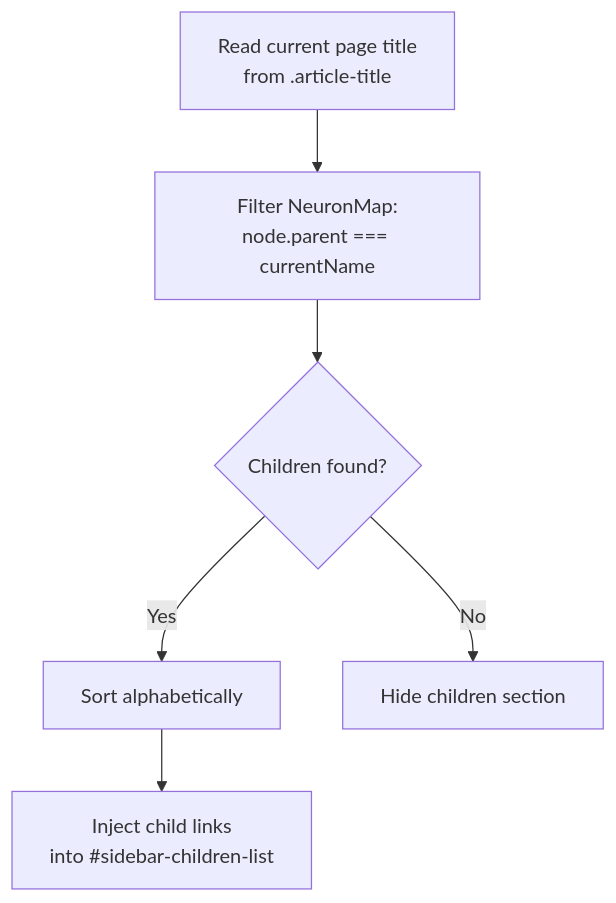
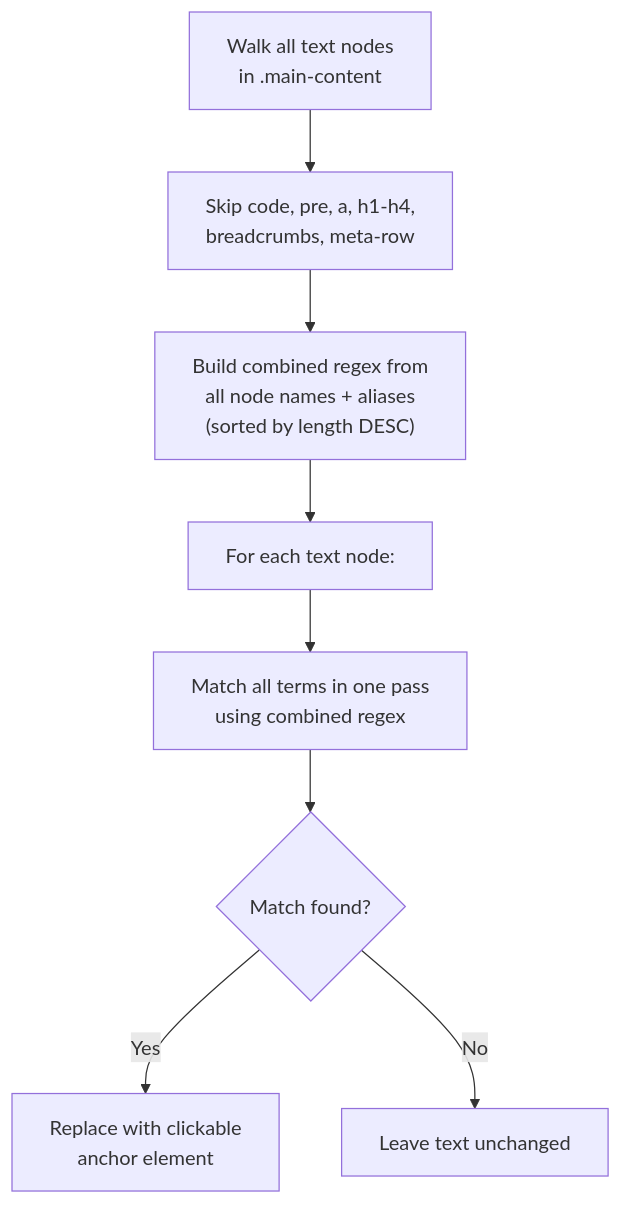
Diagram 11 of 13 in README.md (Kavyargb/Neuron-IQ), drawn with Mermaid before and after one commit. The commit also changed other lines of this file, not shown here.

First line of the commit message:
Revamp README with architecture, features, PWA

````diff
--- a/README.md
+++ b/README.md
@@ -568,8 +715,10 @@
 ```mermaid
 flowchart TD
-    A["Read current page title<br>from .article-title"] --> B["Filter NeuronMap:<br>node.parent === currentName"]
-    B --> C{"Children found?"}
-    C -- "Yes" --> D["Sort alphabetically"]
-    D --> E["Inject child links<br>into #sidebar-children-list"]
-    C -- "No" --> F["Hide children section"]
+    A["Walk all text nodes<br>in .main-content"] --> B["Skip code, pre, a, h1-h4,<br>breadcrumbs, meta-row"]
+    B --> C["Build combined regex from<br>all node names + aliases<br>(sorted by length DESC)"]
+    C --> D["For each text node:"]
+    D --> E["Match all terms in one pass<br>using combined regex"]
+    E --> F{"Match found?"}
+    F -- "Yes" --> G["Replace with clickable<br>anchor element"]
+    F -- "No" --> H["Leave text unchanged"]
 ```
````
